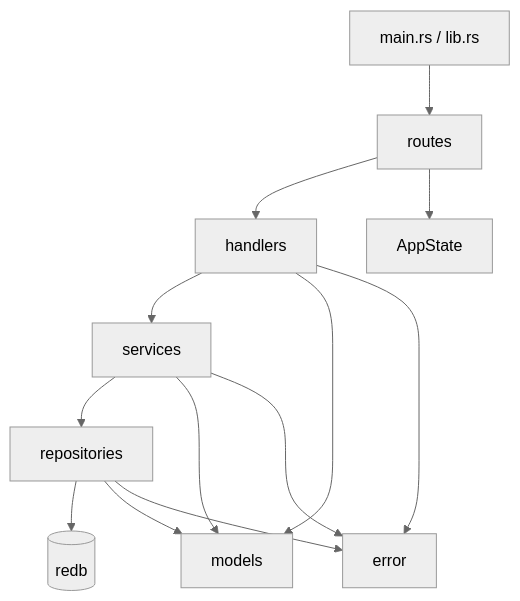
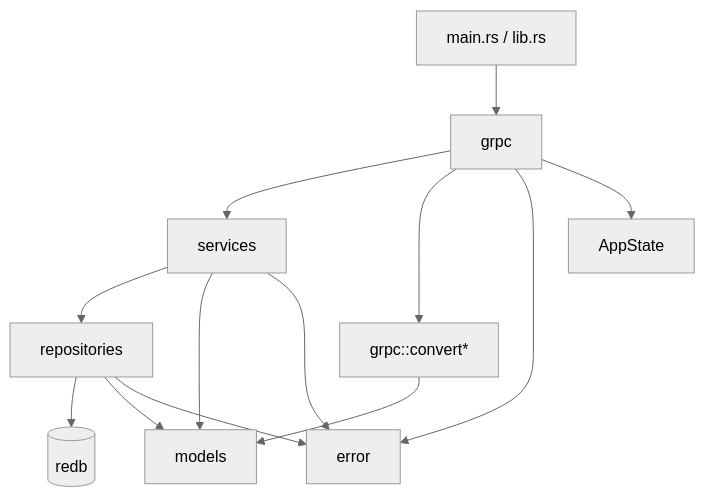
One commit to AirBee-Project/Kasane changed the diagram in docs/architecture.md. Above: the diagram before and after it, drawn with Mermaid (neutral theme). The commit also changed other lines of this file and 145 other files, not shown here.

````diff
--- a/docs/architecture.md
+++ b/docs/architecture.md
@@ -9,16 +9,16 @@
 ```mermaid
 flowchart TD
-    Main[main.rs / lib.rs] --> Router[routes]
-    Router --> Handler[handlers]
-    Handler --> Service[services]
+    Main[main.rs / lib.rs] --> Grpc[grpc]
+    Grpc --> Service[services]
     Service --> Repository[repositories]
     Repository --> Redb[(redb)]
 
-    Handler --> Model[models]
+    Grpc --> Convert[grpc::convert*]
+    Convert --> Model[models]
     Service --> Model
     Repository --> Model
     Service --> Error[error]
-    Handler --> Error
+    Grpc --> Error
     Repository --> Error
-    Router --> AppState[AppState]
+    Grpc --> AppState[AppState]
 ```
````
